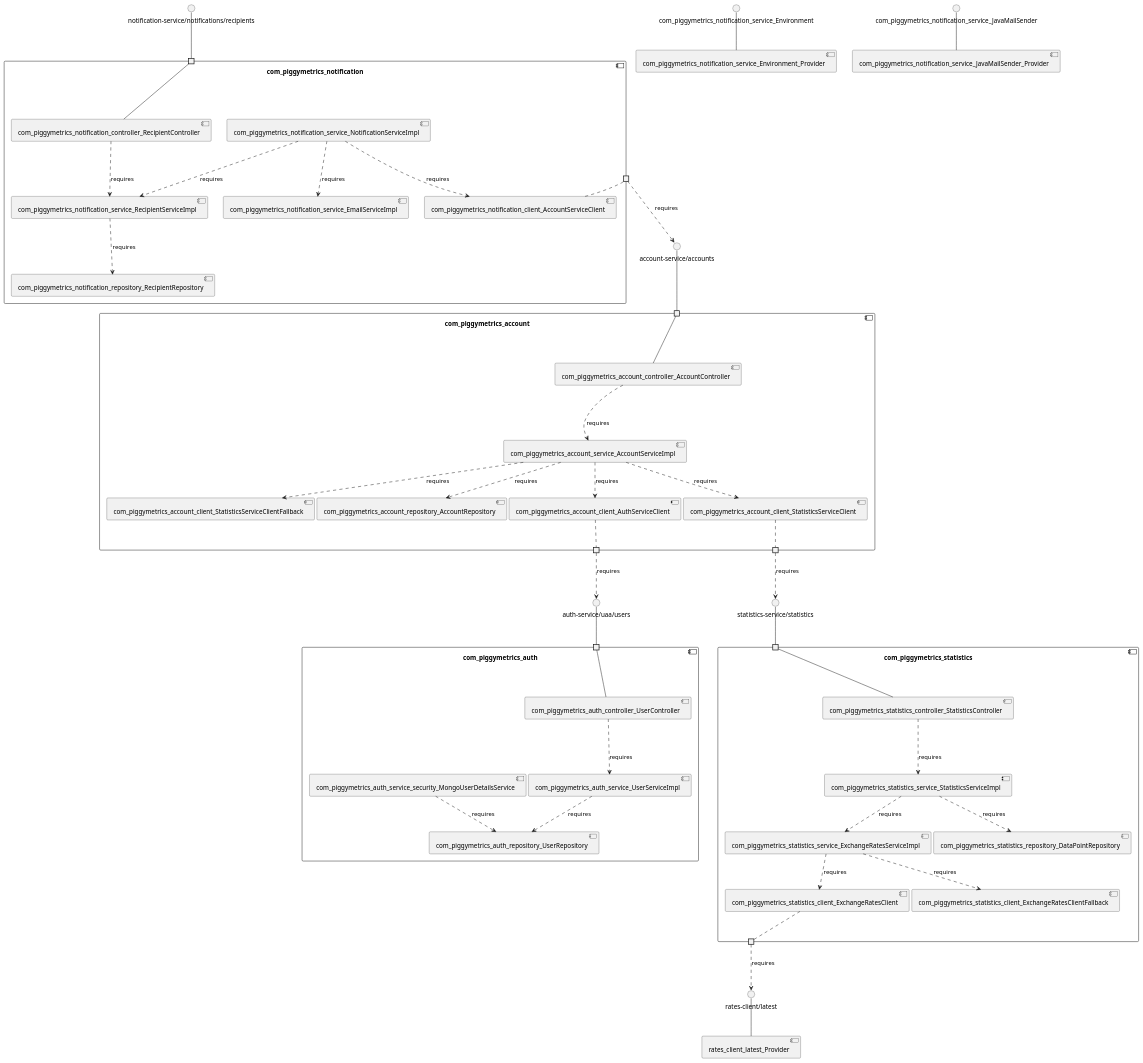
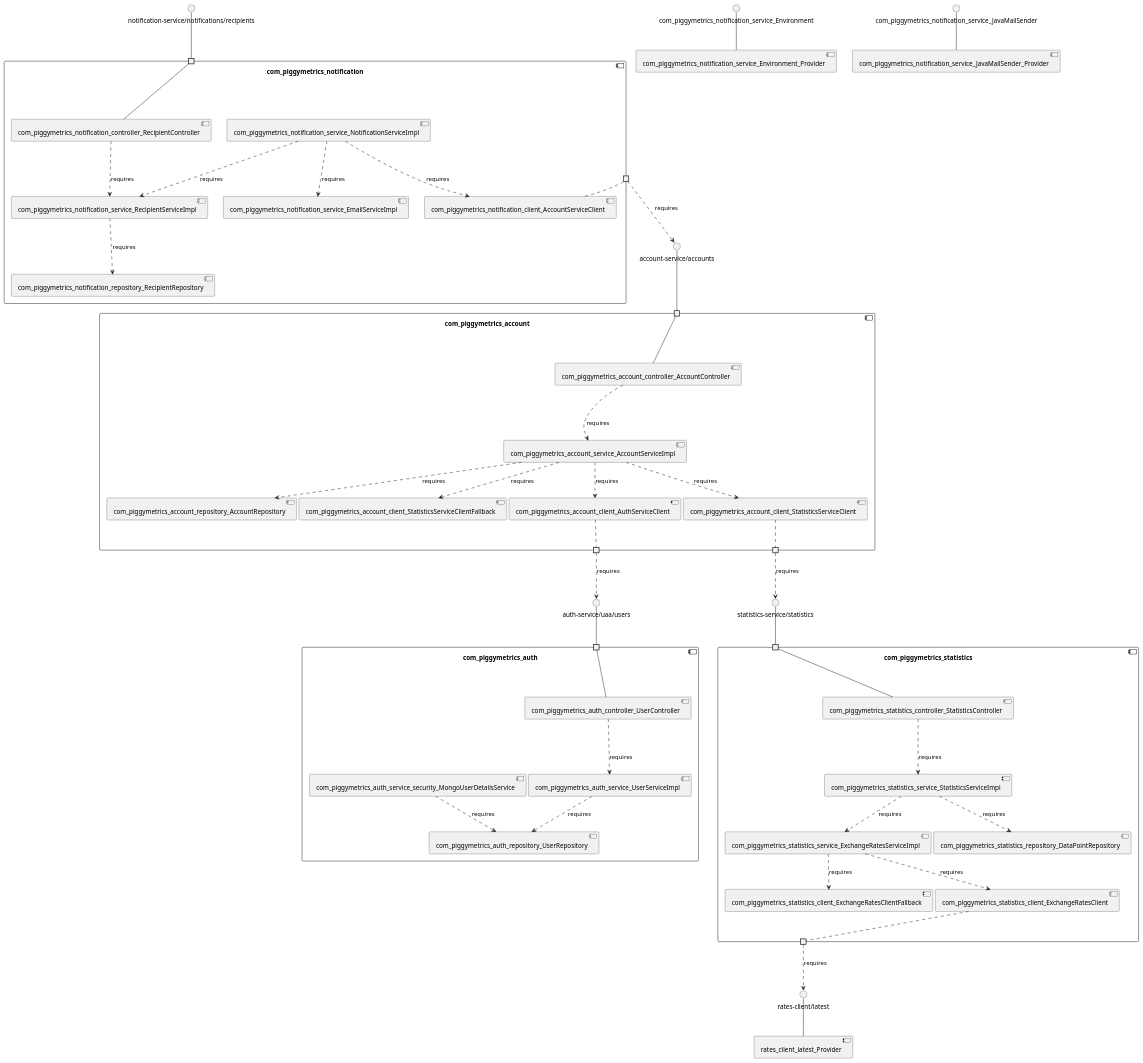
The diagram in sqshq-piggymetrics/model_re/uml/componentDiagram.puml (MSt-10/Palladio-ReverseEngineering-Benchmark), drawn with PlantUML before and after one commit. The commit also changed other lines of this file and 288 other files, not shown here.

```diff
--- a/sqshq-piggymetrics/model_re/uml/componentDiagram.puml
+++ b/sqshq-piggymetrics/model_re/uml/componentDiagram.puml
@@ -1,91 +1,91 @@
 @startuml
 skinparam fixCircleLabelOverlapping true
 skinparam componentStyle uml2
 component "com_piggymetrics_account\n\n\n\n\n\n" {
+[com_piggymetrics_account_client_StatisticsServiceClient]
 [com_piggymetrics_account_service_AccountServiceImpl]
 [com_piggymetrics_account_client_AuthServiceClient]
+[com_piggymetrics_account_repository_AccountRepository]
+[com_piggymetrics_account_client_StatisticsServiceClientFallback]
 [com_piggymetrics_account_controller_AccountController]
-[com_piggymetrics_account_client_StatisticsServiceClientFallback]
-[com_piggymetrics_account_repository_AccountRepository]
-[com_piggymetrics_account_client_StatisticsServiceClient]
 portin " " as com_piggymetrics_account_requires_account_service_accounts
 portout " " as com_piggymetrics_account_provides_auth_service_uaa_users
 portout " " as com_piggymetrics_account_provides_statistics_service_statistics
+[com_piggymetrics_account_service_AccountServiceImpl]..>[com_piggymetrics_account_client_StatisticsServiceClientFallback] : requires
+[com_piggymetrics_account_controller_AccountController]..>[com_piggymetrics_account_service_AccountServiceImpl] : requires
+[com_piggymetrics_account_service_AccountServiceImpl]..>[com_piggymetrics_account_client_AuthServiceClient] : requires
 [com_piggymetrics_account_service_AccountServiceImpl]..>[com_piggymetrics_account_client_StatisticsServiceClient] : requires
-[com_piggymetrics_account_controller_AccountController]..>[com_piggymetrics_account_service_AccountServiceImpl] : requires
-[com_piggymetrics_account_service_AccountServiceImpl]..>[com_piggymetrics_account_client_StatisticsServiceClientFallback] : requires
 [com_piggymetrics_account_service_AccountServiceImpl]..>[com_piggymetrics_account_repository_AccountRepository] : requires
-[com_piggymetrics_account_service_AccountServiceImpl]..>[com_piggymetrics_account_client_AuthServiceClient] : requires
 "com_piggymetrics_account_requires_account_service_accounts"--[com_piggymetrics_account_controller_AccountController]
 [com_piggymetrics_account_client_AuthServiceClient].."com_piggymetrics_account_provides_auth_service_uaa_users"
 [com_piggymetrics_account_client_StatisticsServiceClient].."com_piggymetrics_account_provides_statistics_service_statistics"
 }
 interface "account-service/accounts" as interface.account_service_accounts
 interface.account_service_accounts--"com_piggymetrics_account_requires_account_service_accounts"
 interface "auth-service/uaa/users" as interface.auth_service_uaa_users
 "com_piggymetrics_account_provides_auth_service_uaa_users"..>interface.auth_service_uaa_users : requires
 interface "statistics-service/statistics" as interface.statistics_service_statistics
 "com_piggymetrics_account_provides_statistics_service_statistics"..>interface.statistics_service_statistics : requires
 component "com_piggymetrics_auth\n\n\n\n\n\n" {
 [com_piggymetrics_auth_repository_UserRepository]
+[com_piggymetrics_auth_controller_UserController]
 [com_piggymetrics_auth_service_UserServiceImpl]
 [com_piggymetrics_auth_service_security_MongoUserDetailsService]
-[com_piggymetrics_auth_controller_UserController]
 portin " " as com_piggymetrics_auth_requires_auth_service_uaa_users
 [com_piggymetrics_auth_service_security_MongoUserDetailsService]..>[com_piggymetrics_auth_repository_UserRepository] : requires
 [com_piggymetrics_auth_controller_UserController]..>[com_piggymetrics_auth_service_UserServiceImpl] : requires
 [com_piggymetrics_auth_service_UserServiceImpl]..>[com_piggymetrics_auth_repository_UserRepository] : requires
 "com_piggymetrics_auth_requires_auth_service_uaa_users"--[com_piggymetrics_auth_controller_UserController]
 }
 interface "auth-service/uaa/users" as interface.auth_service_uaa_users
 interface.auth_service_uaa_users--"com_piggymetrics_auth_requires_auth_service_uaa_users"
 component "com_piggymetrics_notification\n\n\n\n\n\n" {
-[com_piggymetrics_notification_service_EmailServiceImpl]
+[com_piggymetrics_notification_service_RecipientServiceImpl]
+[com_piggymetrics_notification_repository_RecipientRepository]
 [com_piggymetrics_notification_service_NotificationServiceImpl]
 [com_piggymetrics_notification_controller_RecipientController]
-[com_piggymetrics_notification_service_RecipientServiceImpl]
-[com_piggymetrics_notification_repository_RecipientRepository]
 [com_piggymetrics_notification_client_AccountServiceClient]
+[com_piggymetrics_notification_service_EmailServiceImpl]
 portin " " as com_piggymetrics_notification_requires_notification_service_notifications_recipients
 portout " " as com_piggymetrics_notification_provides_account_service_accounts
+[com_piggymetrics_notification_service_NotificationServiceImpl]..>[com_piggymetrics_notification_service_RecipientServiceImpl] : requires
+[com_piggymetrics_notification_service_RecipientServiceImpl]..>[com_piggymetrics_notification_repository_RecipientRepository] : requires
+[com_piggymetrics_notification_controller_RecipientController]..>[com_piggymetrics_notification_service_RecipientServiceImpl] : requires
 [com_piggymetrics_notification_service_NotificationServiceImpl]..>[com_piggymetrics_notification_service_EmailServiceImpl] : requires
-[com_piggymetrics_notification_controller_RecipientController]..>[com_piggymetrics_notification_service_RecipientServiceImpl] : requires
-[com_piggymetrics_notification_service_RecipientServiceImpl]..>[com_piggymetrics_notification_repository_RecipientRepository] : requires
-[com_piggymetrics_notification_service_NotificationServiceImpl]..>[com_piggymetrics_notification_service_RecipientServiceImpl] : requires
 [com_piggymetrics_notification_service_NotificationServiceImpl]..>[com_piggymetrics_notification_client_AccountServiceClient] : requires
 "com_piggymetrics_notification_requires_notification_service_notifications_recipients"--[com_piggymetrics_notification_controller_RecipientController]
 [com_piggymetrics_notification_client_AccountServiceClient].."com_piggymetrics_notification_provides_account_service_accounts"
 }
 interface "notification-service/notifications/recipients" as interface.notification_service_notifications_recipients
 interface.notification_service_notifications_recipients--"com_piggymetrics_notification_requires_notification_service_notifications_recipients"
 interface "account-service/accounts" as interface.account_service_accounts
 "com_piggymetrics_notification_provides_account_service_accounts"..>interface.account_service_accounts : requires
 component "com_piggymetrics_statistics\n\n\n\n\n\n" {
+[com_piggymetrics_statistics_service_ExchangeRatesServiceImpl]
 [com_piggymetrics_statistics_service_StatisticsServiceImpl]
 [com_piggymetrics_statistics_controller_StatisticsController]
 [com_piggymetrics_statistics_client_ExchangeRatesClientFallback]
+[com_piggymetrics_statistics_repository_DataPointRepository]
 [com_piggymetrics_statistics_client_ExchangeRatesClient]
-[com_piggymetrics_statistics_repository_DataPointRepository]
-[com_piggymetrics_statistics_service_ExchangeRatesServiceImpl]
 portin " " as com_piggymetrics_statistics_requires_statistics_service_statistics
 portout " " as com_piggymetrics_statistics_provides_rates_client_latest
+[com_piggymetrics_statistics_controller_StatisticsController]..>[com_piggymetrics_statistics_service_StatisticsServiceImpl] : requires
+[com_piggymetrics_statistics_service_StatisticsServiceImpl]..>[com_piggymetrics_statistics_repository_DataPointRepository] : requires
 [com_piggymetrics_statistics_service_StatisticsServiceImpl]..>[com_piggymetrics_statistics_service_ExchangeRatesServiceImpl] : requires
 [com_piggymetrics_statistics_service_ExchangeRatesServiceImpl]..>[com_piggymetrics_statistics_client_ExchangeRatesClientFallback] : requires
-[com_piggymetrics_statistics_controller_StatisticsController]..>[com_piggymetrics_statistics_service_StatisticsServiceImpl] : requires
 [com_piggymetrics_statistics_service_ExchangeRatesServiceImpl]..>[com_piggymetrics_statistics_client_ExchangeRatesClient] : requires
-[com_piggymetrics_statistics_service_StatisticsServiceImpl]..>[com_piggymetrics_statistics_repository_DataPointRepository] : requires
 "com_piggymetrics_statistics_requires_statistics_service_statistics"--[com_piggymetrics_statistics_controller_StatisticsController]
 [com_piggymetrics_statistics_client_ExchangeRatesClient].."com_piggymetrics_statistics_provides_rates_client_latest"
 }
 interface "statistics-service/statistics" as interface.statistics_service_statistics
 interface.statistics_service_statistics--"com_piggymetrics_statistics_requires_statistics_service_statistics"
 interface "rates-client/latest" as interface.rates_client_latest
 "com_piggymetrics_statistics_provides_rates_client_latest"..>interface.rates_client_latest : requires
 interface "com_piggymetrics_notification_service_Environment" as interface.com_piggymetrics_notification_service_Environment
 interface.com_piggymetrics_notification_service_Environment--[com_piggymetrics_notification_service_Environment_Provider]
 interface "com_piggymetrics_notification_service_JavaMailSender" as interface.com_piggymetrics_notification_service_JavaMailSender
 interface.com_piggymetrics_notification_service_JavaMailSender--[com_piggymetrics_notification_service_JavaMailSender_Provider]
 interface "rates-client/latest" as interface.rates_client_latest
 interface.rates_client_latest--[rates_client_latest_Provider]
 
 @enduml
```
